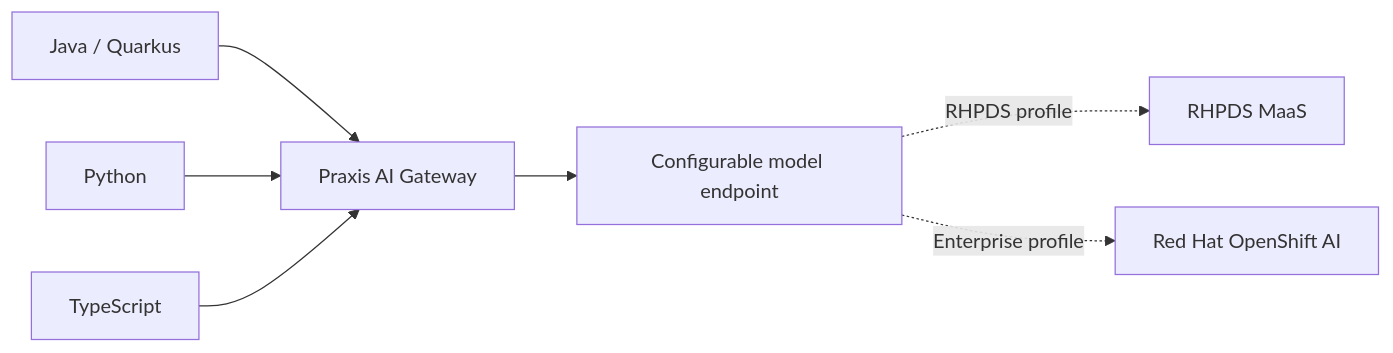
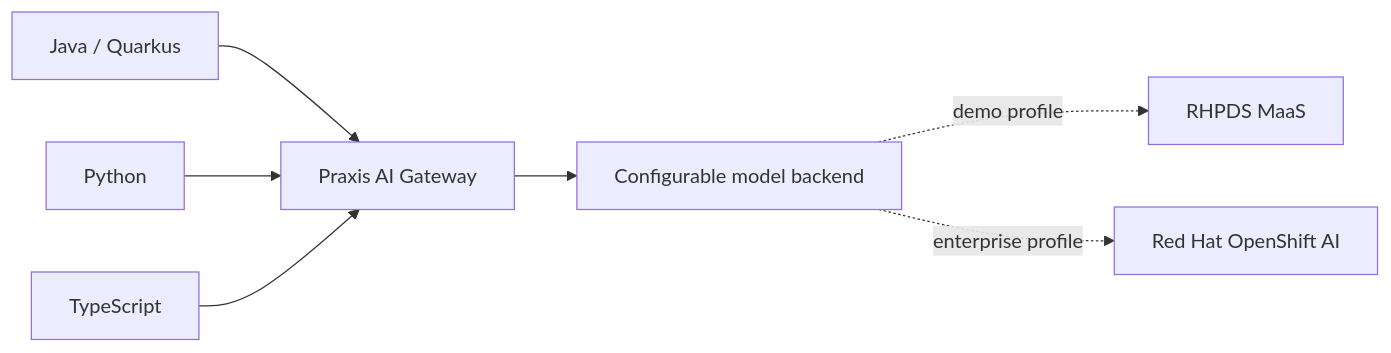
One commit to jkershawrh/praxis-lab changed the diagram in README.md. Above: the diagram before and after it, drawn with Mermaid. The commit also changed other lines of this file and 11 other files, not shown here.

````diff
--- a/README.md
+++ b/README.md
@@ -21,9 +27,9 @@
 ```mermaid
 flowchart LR
     J[Java / Quarkus] --> P[Praxis AI Gateway]
     Y[Python] --> P
     T[TypeScript] --> P
-    P --> M[Configurable model endpoint]
-    M -. RHPDS profile .-> R[RHPDS MaaS]
-    M -. Enterprise profile .-> O[Red Hat OpenShift AI]
+    P --> B[Configurable model backend]
+    B -. demo profile .-> M[RHPDS MaaS]
+    B -. enterprise profile .-> O[Red Hat OpenShift AI]
 ```
````
